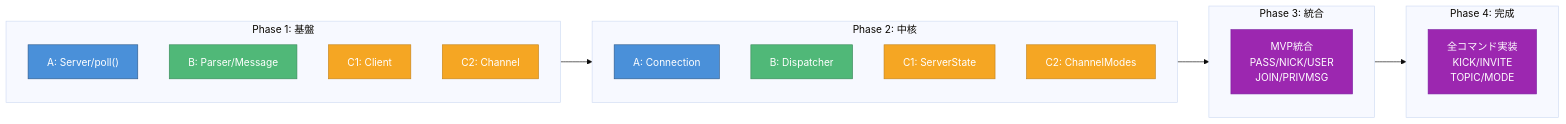
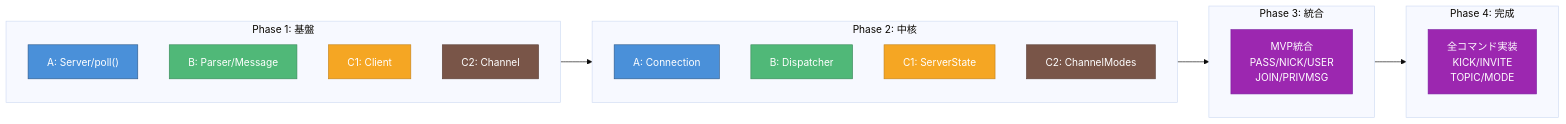
The second of 4 diagrams in dev_docs/diagrams/timeline_diagram.md (tototec1234/IRC), drawn with Mermaid (base theme) before and after one commit. The commit also changed other lines of this file and 26 other files, not shown here.

````diff
--- a/dev_docs/diagrams/timeline_diagram.md
+++ b/dev_docs/diagrams/timeline_diagram.md
@@ -43,43 +43,43 @@
 ```mermaid
 flowchart LR
     subgraph PHASE1["Phase 1: 基盤"]
         direction TB
         A1["A: Server/poll()"]
         B1["B: Parser/Message"]
         C1_1["C1: Client"]
         C2_1["C2: Channel"]
     end
     
     subgraph PHASE2["Phase 2: 中核"]
         direction TB
         A2["A: Connection"]
         B2["B: Dispatcher"]
         C1_2["C1: ServerState"]
         C2_2["C2: ChannelModes"]
     end
     
     subgraph PHASE3["Phase 3: 統合"]
         direction TB
         MVP["MVP統合<br/>PASS/NICK/USER<br/>JOIN/PRIVMSG"]
     end
     
     subgraph PHASE4["Phase 4: 完成"]
         direction TB
         CMD["全コマンド実装<br/>KICK/INVITE<br/>TOPIC/MODE"]
     end
     
     PHASE1 --> PHASE2
     PHASE2 --> PHASE3
     PHASE3 --> PHASE4
 
     style A1 fill:#4A90D9,stroke:#2E5A8B,color:#fff
     style A2 fill:#4A90D9,stroke:#2E5A8B,color:#fff
     style B1 fill:#50B878,stroke:#3A8A5A,color:#fff
     style B2 fill:#50B878,stroke:#3A8A5A,color:#fff
     style C1_1 fill:#F5A623,stroke:#C4841C,color:#fff
     style C1_2 fill:#F5A623,stroke:#C4841C,color:#fff
-    style C2_1 fill:#F5A623,stroke:#C4841C,color:#fff
-    style C2_2 fill:#F5A623,stroke:#C4841C,color:#fff
+    style C2_1 fill:#795548,stroke:#5D4037,color:#fff
+    style C2_2 fill:#795548,stroke:#5D4037,color:#fff
     style MVP fill:#9C27B0,stroke:#7B1FA2,color:#fff
     style CMD fill:#9C27B0,stroke:#7B1FA2,color:#fff
 ```
````
